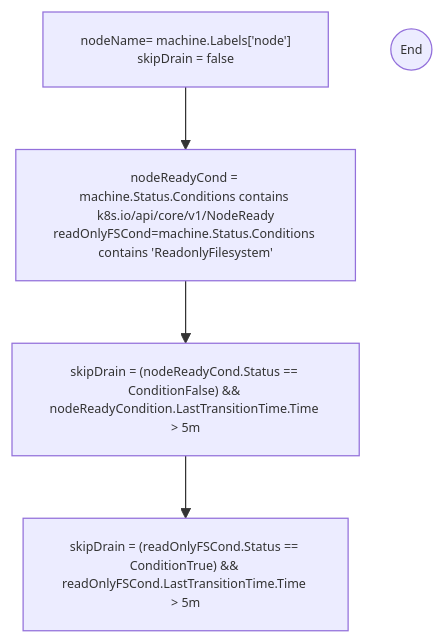
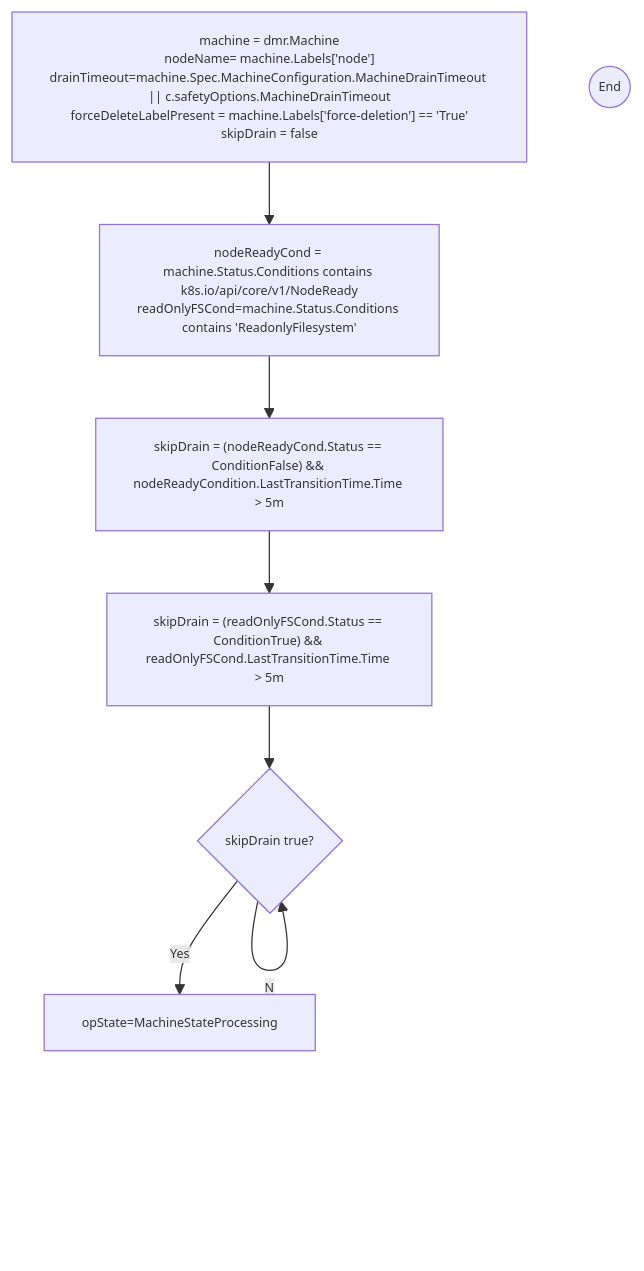
The fourth of 4 diagrams in src/cluster_machine_reconcile.md (elankath/mcmdesign), drawn with Mermaid before and after one commit. The commit also changed 12 other files, not shown here.

````diff
--- a/src/cluster_machine_reconcile.md
+++ b/src/cluster_machine_reconcile.md
@@ -204,15 +206,20 @@
 ```mermaid
 
 %%{init: {'themeVariables': { 'fontSize': '10px'}, "flowchart": {"useMaxWidth": false }}}%%
 flowchart TD
 
-Initialize["nodeName= machine.Labels['node']
+Initialize["machine = dmr.Machine
+nodeName= machine.Labels['node']
+drainTimeout=machine.Spec.MachineConfiguration.MachineDrainTimeout || c.safetyOptions.MachineDrainTimeout
+forceDeleteLabelPresent = machine.Labels['force-deletion'] == 'True'
 skipDrain = false"]
 -->GetNodeReadyCond["nodeReadyCond = machine.Status.Conditions contains k8s.io/api/core/v1/NodeReady
 readOnlyFSCond=machine.Status.Conditions contains 'ReadonlyFilesystem' 
 "]
 -->ChkNodeNotReady["skipDrain = (nodeReadyCond.Status == ConditionFalse) && nodeReadyCondition.LastTransitionTime.Time > 5m"]
 -->ChkReadOnlyFS["skipDrain = (readOnlyFSCond.Status == ConditionTrue) && readOnlyFSCond.LastTransitionTime.Time > 5m"]
-
+-->ChkSkipDrain1{"skipDrain true?"}
+ChkSkipDrain1--No-->
+ChkSkipDrain1--Yes-->SetOpState["opState=MachineStateProcessing"]
 Z(("End"))
 ```
````
